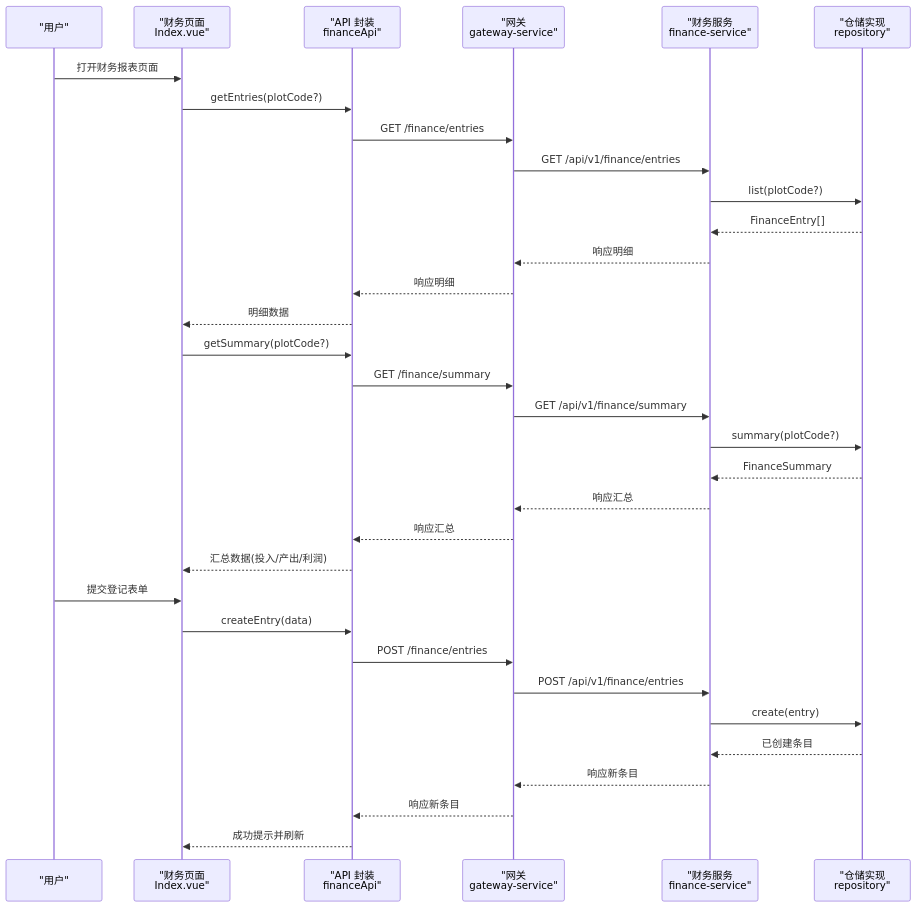
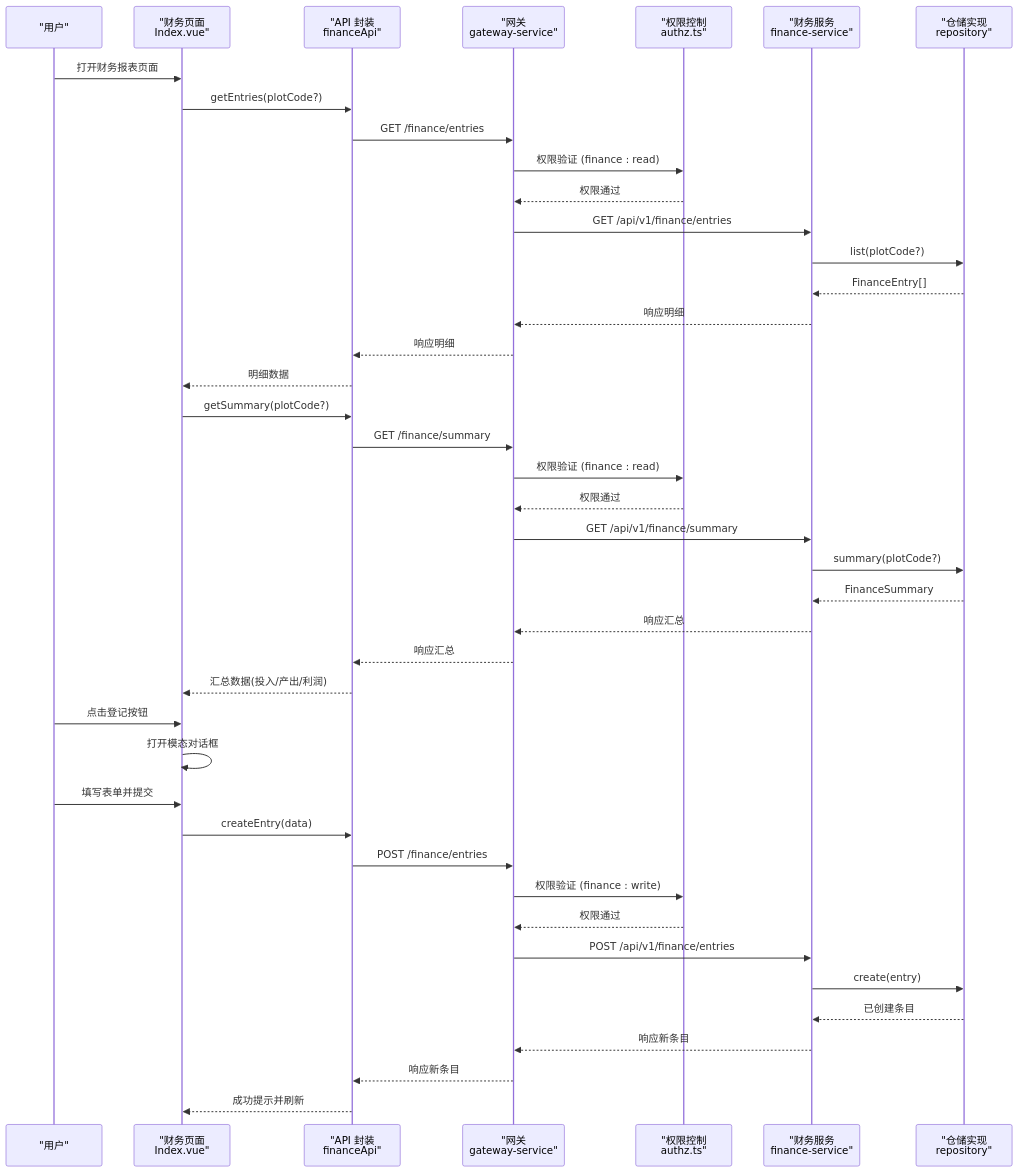
The second of 6 diagrams in .qoder/repowiki/zh/content/前端应用文档/核心页面/财务报表页面.md (q446328246/agri-platform), drawn with Mermaid before and after one commit. The commit also changed other lines of this file and 37 other files, not shown here.

````diff
--- a/.qoder/repowiki/zh/content/前端应用文档/核心页面/财务报表页面.md
+++ b/.qoder/repowiki/zh/content/前端应用文档/核心页面/财务报表页面.md
@@ -89,35 +105,44 @@
 ```mermaid
 sequenceDiagram
 participant U as "用户"
 participant V as "财务页面<br/>Index.vue"
 participant A as "API 封装<br/>financeApi"
 participant G as "网关<br/>gateway-service"
+participant P as "权限控制<br/>authz.ts"
 participant S as "财务服务<br/>finance-service"
 participant R as "仓储实现<br/>repository"
 U->>V : 打开财务报表页面
 V->>A : getEntries(plotCode?)
 A->>G : GET /finance/entries
+G->>P : 权限验证 (finance : read)
+P-->>G : 权限通过
 G->>S : GET /api/v1/finance/entries
 S->>R : list(plotCode?)
 R-->>S : FinanceEntry[]
 S-->>G : 响应明细
 G-->>A : 响应明细
 A-->>V : 明细数据
 V->>A : getSummary(plotCode?)
 A->>G : GET /finance/summary
+G->>P : 权限验证 (finance : read)
+P-->>G : 权限通过
 G->>S : GET /api/v1/finance/summary
 S->>R : summary(plotCode?)
 R-->>S : FinanceSummary
 S-->>G : 响应汇总
 G-->>A : 响应汇总
 A-->>V : 汇总数据(投入/产出/利润)
-U->>V : 提交登记表单
+U->>V : 点击登记按钮
+V->>V : 打开模态对话框
+U->>V : 填写表单并提交
 V->>A : createEntry(data)
 A->>G : POST /finance/entries
+G->>P : 权限验证 (finance : write)
+P-->>G : 权限通过
 G->>S : POST /api/v1/finance/entries
 S->>R : create(entry)
 R-->>S : 已创建条目
 S-->>G : 响应新条目
 G-->>A : 响应新条目
 A-->>V : 成功提示并刷新
 ```
````
